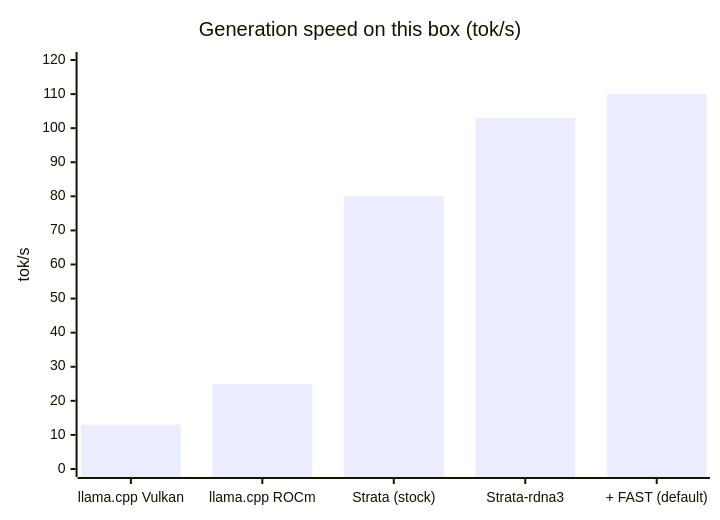
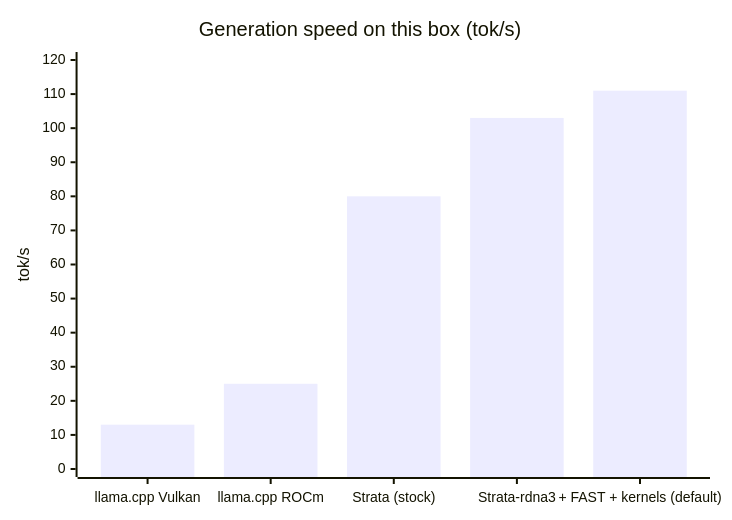
One commit to toreanjoel/rdna3-moe-tuning changed the first of 3 diagrams in README.md. Above: the diagram before and after it, drawn with Mermaid. The commit also changed other lines of this file and 9 other files, not shown here.

First line of the commit message:
Per-format expert layouts (patches/exp-auto.patch, STRATA_EXP_AUTO=1) default; install applies kernel patches; README results 111 / 111.5 tok/s

````diff
--- a/README.md
+++ b/README.md
@@ -24,7 +24,7 @@
 ```mermaid
 xychart-beta
     title "Generation speed on this box (tok/s)"
-    x-axis ["llama.cpp Vulkan", "llama.cpp ROCm", "Strata (stock)", "Strata-rdna3", "+ FAST (default)"]
+    x-axis ["llama.cpp Vulkan", "llama.cpp ROCm", "Strata (stock)", "Strata-rdna3", "+ FAST + kernels (default)"]
     y-axis "tok/s" 0 --> 120
-    bar [13, 25, 80, 103, 110]
+    bar [13, 25, 80, 103, 111]
 ```
````
